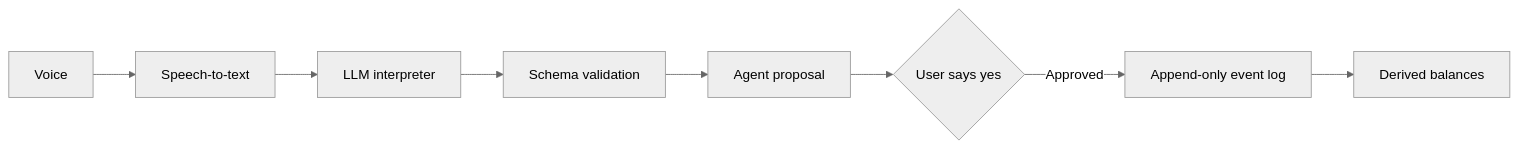
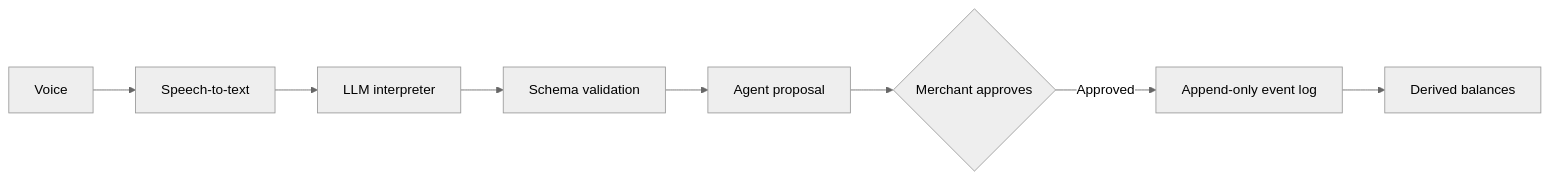
Before and after one commit to adrish-mage/voiceLedger: the diagram in README.md, drawn with Mermaid (neutral theme). The commit also changed other lines of this file, not shown here.

````diff
--- a/README.md
+++ b/README.md
@@ -7,10 +15,10 @@
 ```mermaid
 flowchart LR
   A[Voice] --> B[Speech-to-text]
   B --> C[LLM interpreter]
   C --> D[Schema validation]
   D --> E[Agent proposal]
-  E --> F{User says yes}
+  E --> F{Merchant approves}
   F -->|Approved| G[Append-only event log]
   G --> H[Derived balances]
 ```
````
